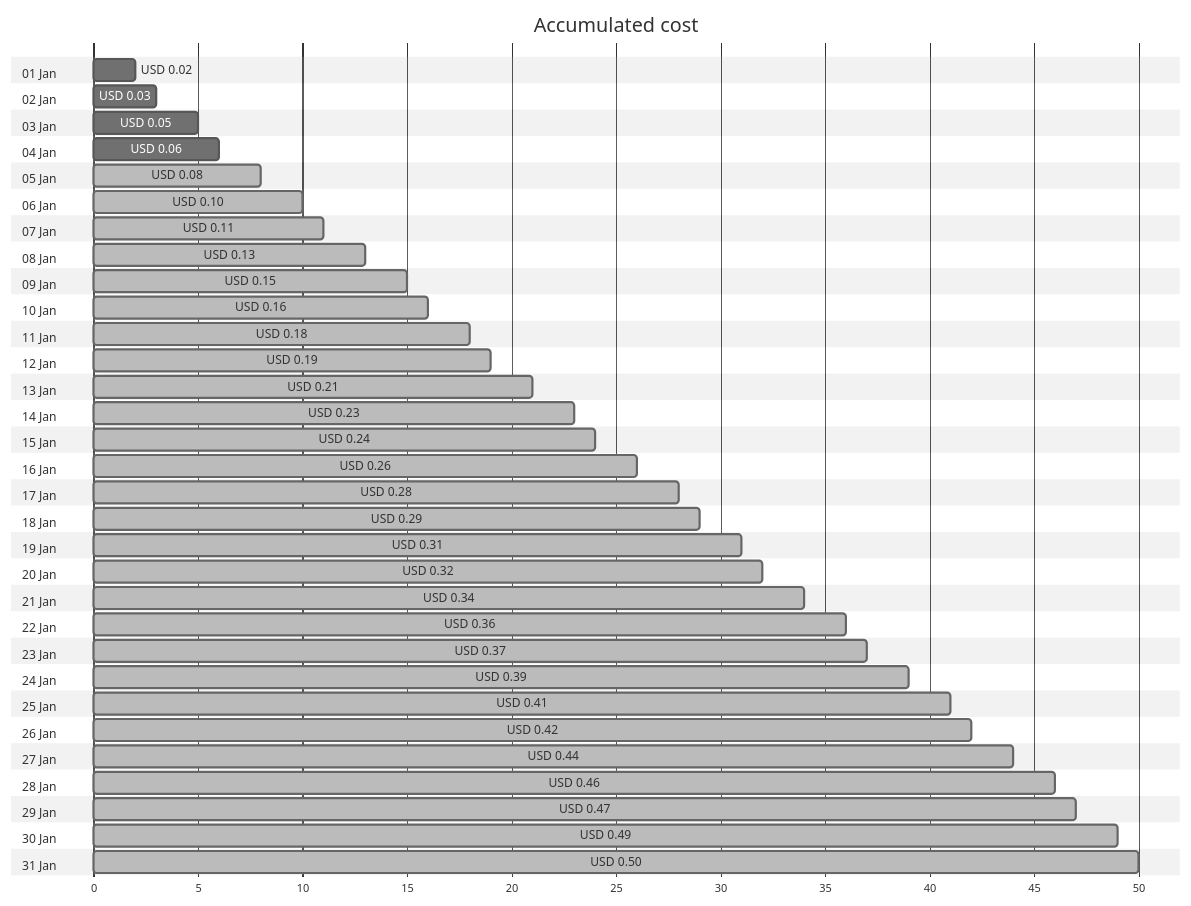
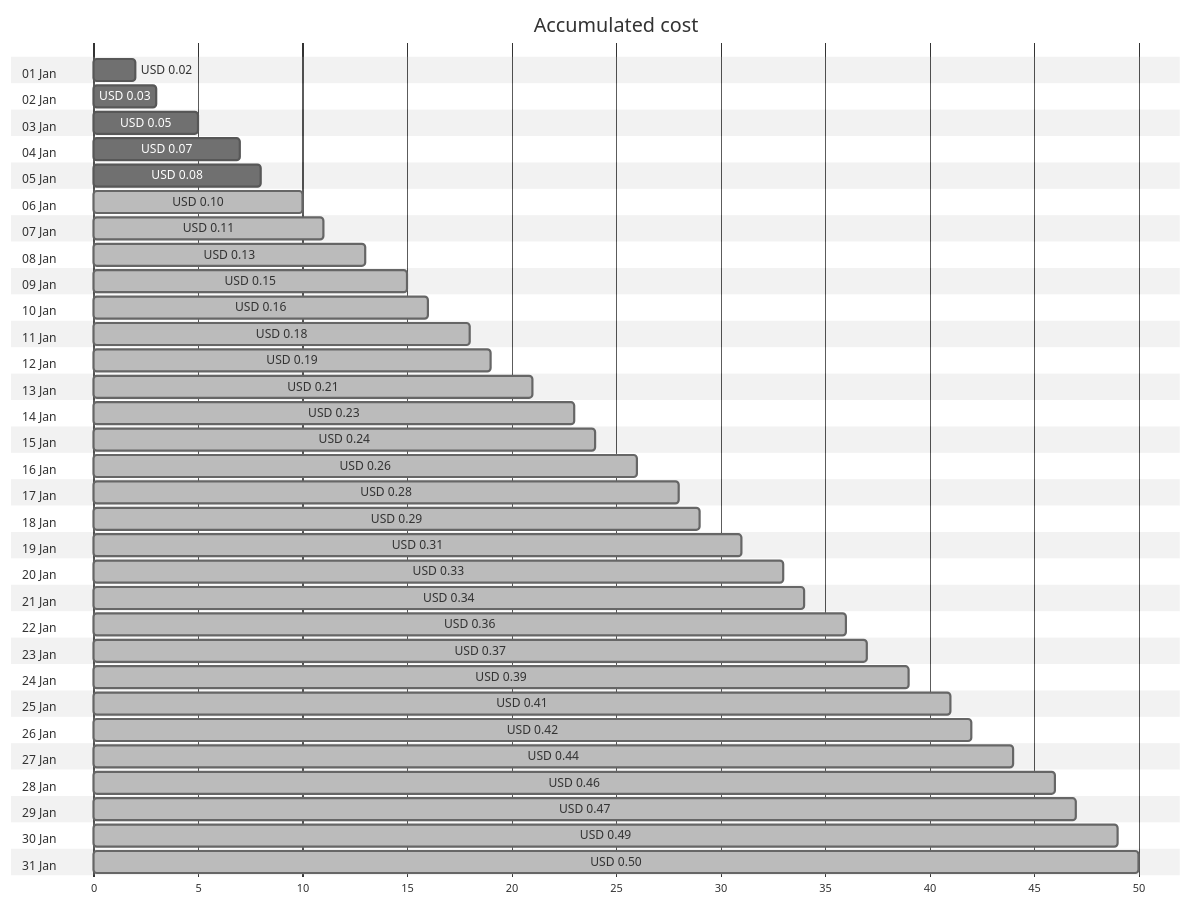
The first of 4 diagrams in cost-reports/personal-dns/jpatrickfulton.com.md (jpfulton/azure-personal-reports), drawn with Mermaid (neutral theme) before and after one commit. The commit also changed other lines of this file and 2 other files, not shown here.

````diff
--- a/cost-reports/personal-dns/jpatrickfulton.com.md
+++ b/cost-reports/personal-dns/jpatrickfulton.com.md
@@ -20,68 +20,68 @@
 ```mermaid
 gantt
    title Accumulated cost
    dateFormat  X
    axisFormat %s
    section 01 Jan
    USD 0.02 :0, 2
    section 02 Jan
    USD 0.03 :0, 3
    section 03 Jan
    USD 0.05 :0, 5
    section 04 Jan
-   USD 0.06 :0, 6
+   USD 0.07 :0, 7
    section 05 Jan
-   USD 0.08 : done, 0, 8
+   USD 0.08 :0, 8
    section 06 Jan
    USD 0.10 : done, 0, 10
    section 07 Jan
    USD 0.11 : done, 0, 11
    section 08 Jan
    USD 0.13 : done, 0, 13
    section 09 Jan
    USD 0.15 : done, 0, 15
    section 10 Jan
    USD 0.16 : done, 0, 16
    section 11 Jan
    USD 0.18 : done, 0, 18
    section 12 Jan
    USD 0.19 : done, 0, 19
    section 13 Jan
    USD 0.21 : done, 0, 21
    section 14 Jan
    USD 0.23 : done, 0, 23
    section 15 Jan
    USD 0.24 : done, 0, 24
    section 16 Jan
    USD 0.26 : done, 0, 26
    section 17 Jan
    USD 0.28 : done, 0, 28
    section 18 Jan
    USD 0.29 : done, 0, 29
    section 19 Jan
    USD 0.31 : done, 0, 31
    section 20 Jan
-   USD 0.32 : done, 0, 32
+   USD 0.33 : done, 0, 33
    section 21 Jan
    USD 0.34 : done, 0, 34
    section 22 Jan
    USD 0.36 : done, 0, 36
    section 23 Jan
    USD 0.37 : done, 0, 37
    section 24 Jan
    USD 0.39 : done, 0, 39
    section 25 Jan
    USD 0.41 : done, 0, 41
    section 26 Jan
    USD 0.42 : done, 0, 42
    section 27 Jan
    USD 0.44 : done, 0, 44
    section 28 Jan
    USD 0.46 : done, 0, 46
    section 29 Jan
    USD 0.47 : done, 0, 47
    section 30 Jan
    USD 0.49 : done, 0, 49
    section 31 Jan
    USD 0.50 : done, 0, 50
 ```
````
